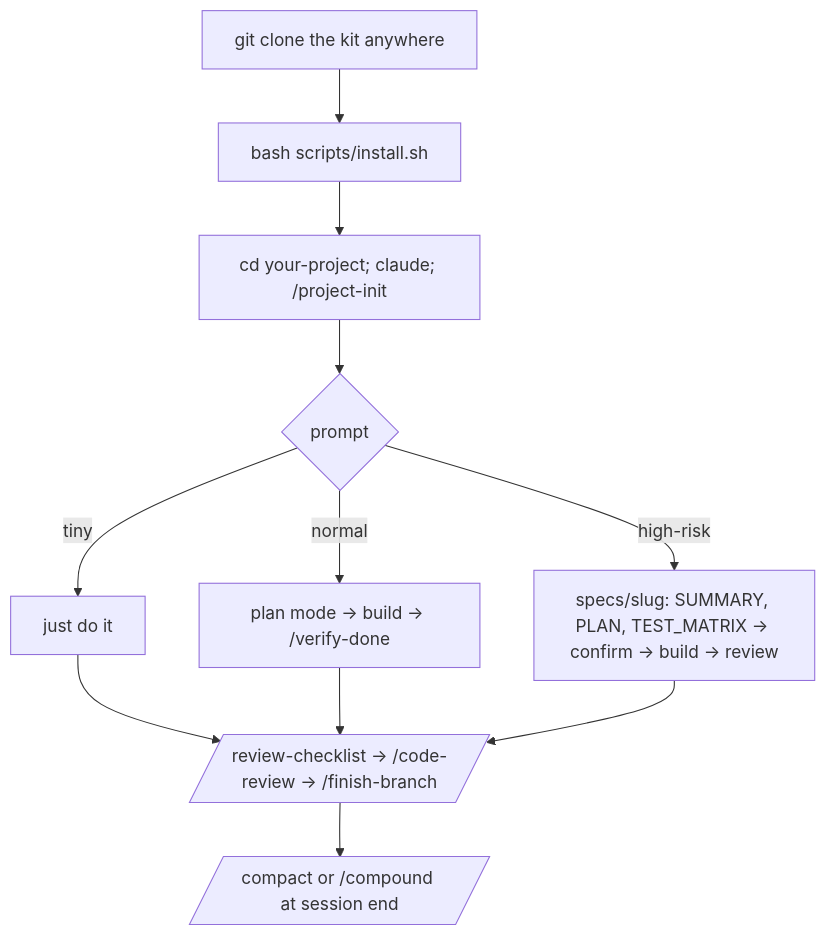
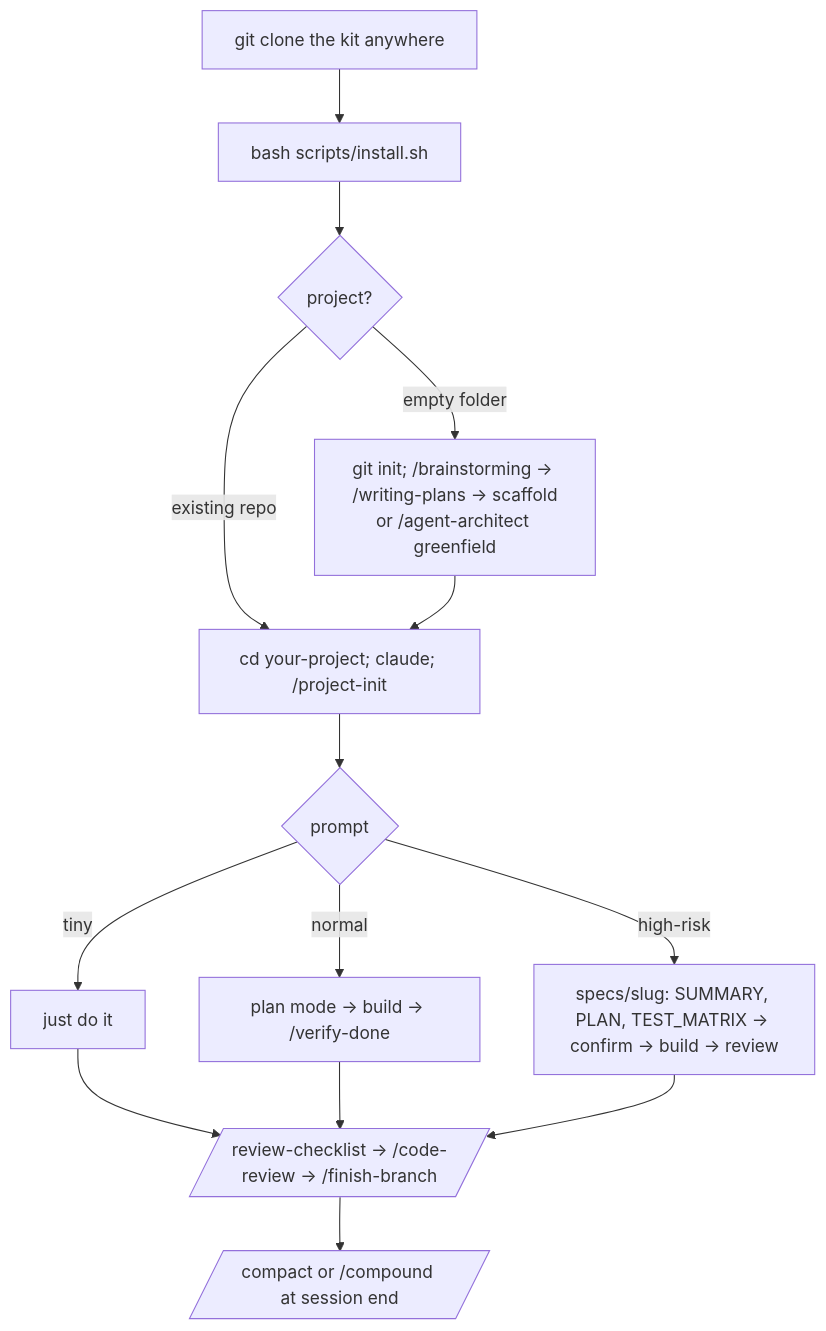
Before and after one commit to thanghokdps/claude-root: the second of 3 diagrams in DESIGN.md, drawn with Mermaid. The commit also changed 3 other files, not shown here.

Commit message:
docs: add empty-folder start guide; project-init stops on empty repo

````diff
--- a/DESIGN.md
+++ b/DESIGN.md
@@ -56,11 +56,14 @@
 ```mermaid
 flowchart TD
   A[git clone the kit anywhere] --> B[bash scripts/install.sh]
-  B --> C[cd your-project; claude; /project-init]
+  B --> X{project?}
+  X -->|existing repo| C[cd your-project; claude; /project-init]
+  X -->|empty folder| Y[git init; /brainstorming → /writing-plans → scaffold<br/>or /agent-architect greenfield]
+  Y --> C
   C --> D{prompt}
   D -->|tiny| E[just do it]
   D -->|normal| F[plan mode → build → /verify-done]
   D -->|high-risk| G[specs/slug: SUMMARY, PLAN, TEST_MATRIX → confirm → build → review]
   E & F & G --> H[/review-checklist → /code-review → /finish-branch/]
   H --> I[/compact or /compound at session end/]
 ```
````
